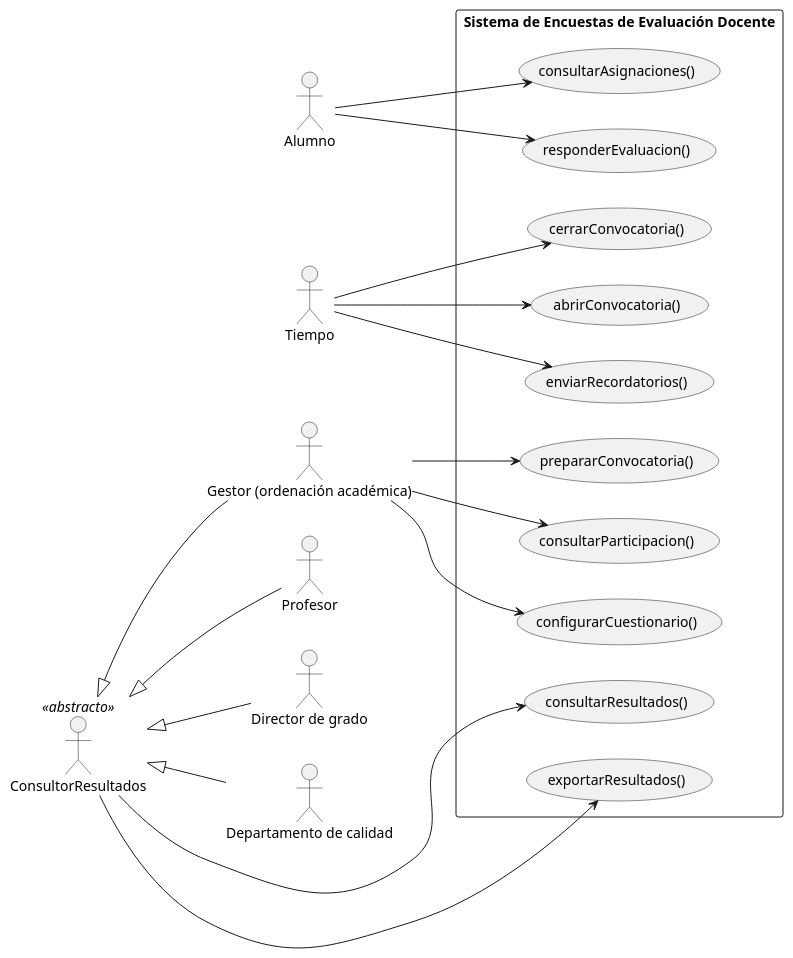
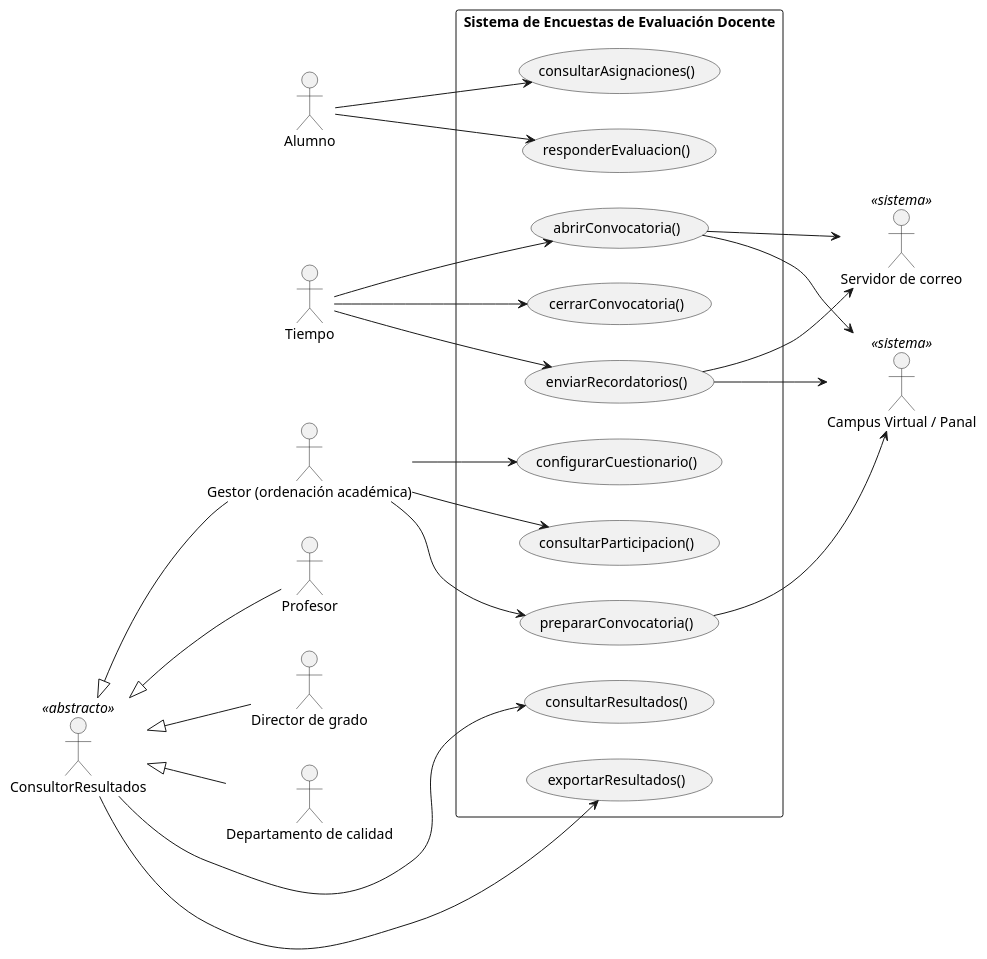
Before and after one commit to Raultascon/26-27-IdSw1-SDR: the diagram in documentos/casos-uso/diagramas/actoresCasosUso.puml, drawn with PlantUML. The commit also changed 1 other file, not shown here.

Commit message:
feat(cu): añade Campus Virtual y Servidor de correo como actores secundarios [refs #22]
El sistema obtiene datos académicos del Campus Virtual / Panal y notifica por campus y por correo, por lo que ambos interactúan a través de la frontera del sistema.

```diff
--- a/documentos/casos-uso/diagramas/actoresCasosUso.puml
+++ b/documentos/casos-uso/diagramas/actoresCasosUso.puml
@@ -1,44 +1,53 @@
 @startuml actoresCasosUso
 left to right direction
 
 actor "Gestor (ordenación académica)" as Gestor
 actor "Alumno" as Alumno
 actor "Tiempo" as Tiempo
 
 rectangle "Sistema de Encuestas de Evaluación Docente" {
   usecase configurarCuestionario as "configurarCuestionario()"
   usecase prepararConvocatoria as "prepararConvocatoria()"
   usecase consultarParticipacion as "consultarParticipacion()"
   usecase consultarAsignaciones as "consultarAsignaciones()"
   usecase responderEvaluacion as "responderEvaluacion()"
   usecase abrirConvocatoria as "abrirConvocatoria()"
   usecase enviarRecordatorios as "enviarRecordatorios()"
   usecase cerrarConvocatoria as "cerrarConvocatoria()"
   usecase consultarResultados as "consultarResultados()"
   usecase exportarResultados as "exportarResultados()"
 }
 
 actor "ConsultorResultados" as ConsultorResultados <<abstracto>>
 actor "Profesor" as Profesor
 actor "Director de grado" as DirectorGrado
 actor "Departamento de calidad" as Calidad
 
+actor "Campus Virtual / Panal" as CampusVirtual <<sistema>>
+actor "Servidor de correo" as ServidorCorreo <<sistema>>
+
 Gestor --> configurarCuestionario
 Gestor --> prepararConvocatoria
 Gestor --> consultarParticipacion
 
 Alumno --> consultarAsignaciones
 Alumno --> responderEvaluacion
 
 Tiempo --> abrirConvocatoria
 Tiempo --> enviarRecordatorios
 Tiempo --> cerrarConvocatoria
 
 consultarResultados <-- ConsultorResultados
 exportarResultados <-- ConsultorResultados
 
 ConsultorResultados <|-- Profesor
 ConsultorResultados <|-- DirectorGrado
 ConsultorResultados <|-- Calidad
 ConsultorResultados <|-- Gestor
+
+prepararConvocatoria --> CampusVirtual
+abrirConvocatoria --> CampusVirtual
+abrirConvocatoria --> ServidorCorreo
+enviarRecordatorios --> CampusVirtual
+enviarRecordatorios --> ServidorCorreo
 @enduml
```
